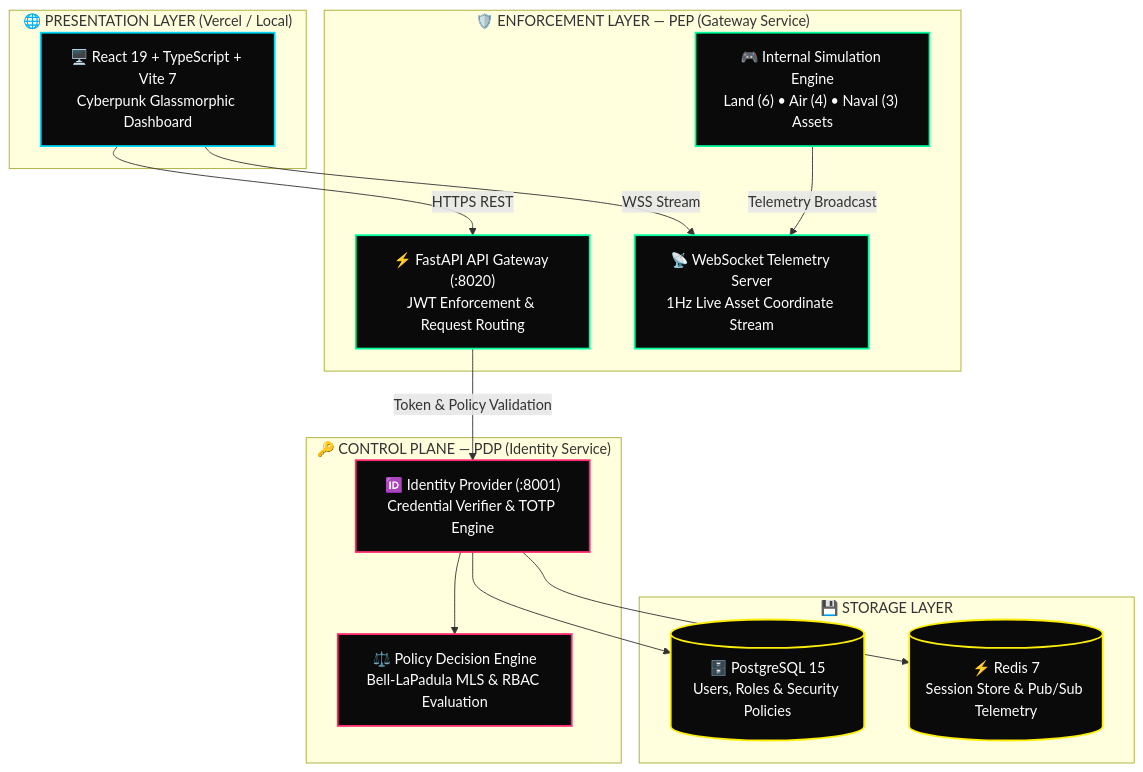
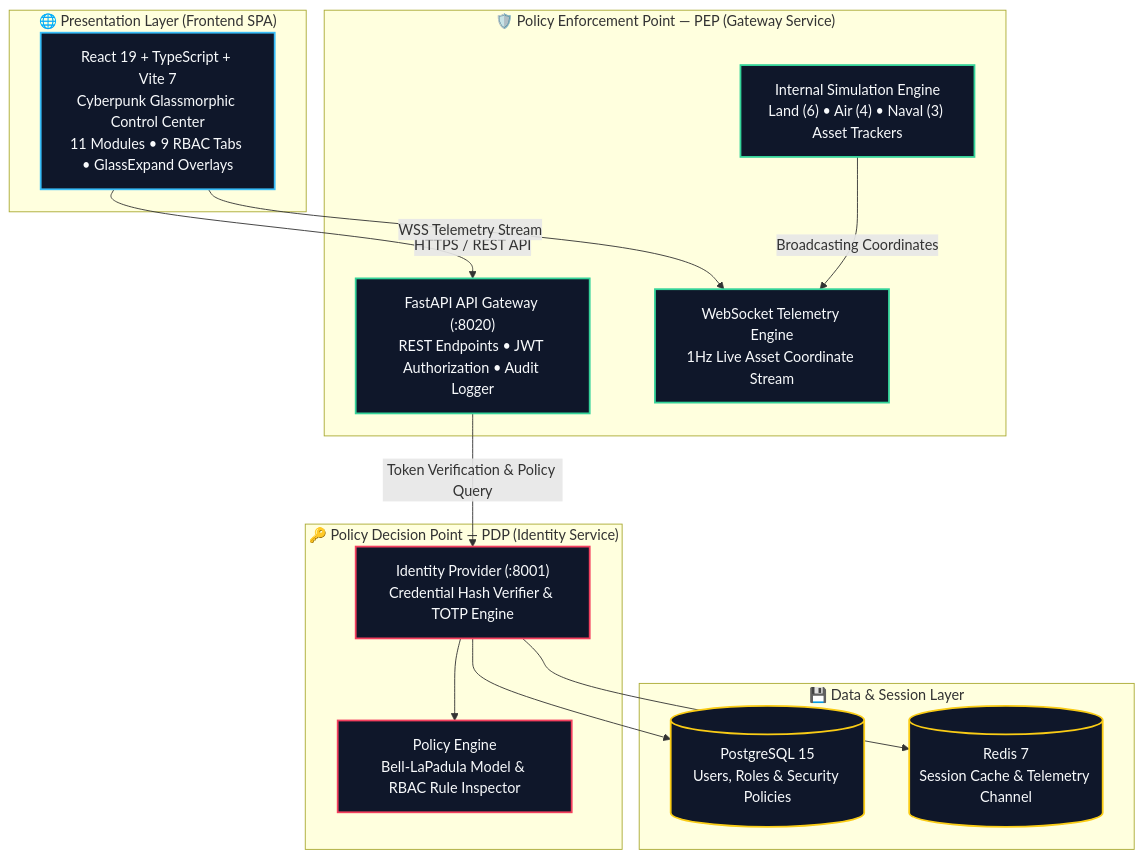
Before and after one commit to Shashivanth009/CZTISR: the first of 2 diagrams in README.md, drawn with Mermaid. The commit also changed other lines of this file, not shown here.

````diff
--- a/README.md
+++ b/README.md
@@ -52,40 +52,40 @@
 ```mermaid
 flowchart TB
-    subgraph CLIENT["🌐 PRESENTATION LAYER (Vercel / Local)"]
-        UI["🖥️ React 19 + TypeScript + Vite 7<br/>Cyberpunk Glassmorphic Dashboard"]
+    subgraph PRESENTATION["🌐 Presentation Layer (Frontend SPA)"]
+        UI["React 19 + TypeScript + Vite 7<br/>Cyberpunk Glassmorphic Control Center<br/>11 Modules • 9 RBAC Tabs • GlassExpand Overlays"]
     end
 
-    subgraph PEP["🛡️ ENFORCEMENT LAYER — PEP (Gateway Service)"]
-        GW["⚡ FastAPI API Gateway (:8020)<br/>JWT Enforcement & Request Routing"]
-        WS["📡 WebSocket Telemetry Server<br/>1Hz Live Asset Coordinate Stream"]
-        SIM["🎮 Internal Simulation Engine<br/>Land (6) • Air (4) • Naval (3) Assets"]
+    subgraph PEP["🛡️ Policy Enforcement Point — PEP (Gateway Service)"]
+        GW["FastAPI API Gateway (:8020)<br/>REST Endpoints • JWT Authorization • Audit Logger"]
+        WS["WebSocket Telemetry Engine<br/>1Hz Live Asset Coordinate Stream"]
+        SIM["Internal Simulation Engine<br/>Land (6) • Air (4) • Naval (3) Asset Trackers"]
     end
 
-    subgraph PDP["🔑 CONTROL PLANE — PDP (Identity Service)"]
-        ID["🆔 Identity Provider (:8001)<br/>Credential Verifier & TOTP Engine"]
-        PE["⚖️ Policy Decision Engine<br/>Bell-LaPadula MLS & RBAC Evaluation"]
+    subgraph PDP["🔑 Policy Decision Point — PDP (Identity Service)"]
+        IDP["Identity Provider (:8001)<br/>Credential Hash Verifier & TOTP Engine"]
+        POLICY["Policy Engine<br/>Bell-LaPadula Model & RBAC Rule Inspector"]
     end
 
-    subgraph DATA["💾 STORAGE LAYER"]
-        PG[("🗄️ PostgreSQL 15<br/>Users, Roles & Security Policies")]
-        RD[("⚡ Redis 7<br/>Session Store & Pub/Sub Telemetry")]
+    subgraph DATA["💾 Data & Session Layer"]
+        PG[("PostgreSQL 15<br/>Users, Roles & Security Policies")]
+        RD[("Redis 7<br/>Session Cache & Telemetry Channel")]
     end
 
-    UI -->|"HTTPS REST"| GW
-    UI -->|"WSS Stream"| WS
-    GW -->|"Token & Policy Validation"| ID
-    ID --> PE
-    ID --> PG
-    ID --> RD
-    SIM -->|"Telemetry Broadcast"| WS
+    UI -->|"HTTPS / REST API"| GW
+    UI -->|"WSS Telemetry Stream"| WS
+    GW -->|"Token Verification & Policy Query"| IDP
+    IDP --> POLICY
+    IDP --> PG
+    IDP --> RD
+    SIM -->|"Broadcasting Coordinates"| WS
 
-    classDef clientStyle fill:#0a0a0a,stroke:#00d9f9,stroke-width:2px,color:#ffffff;
-    classDef pepStyle fill:#0a0a0a,stroke:#00ff9d,stroke-width:2px,color:#ffffff;
-    classDef pdpStyle fill:#0a0a0a,stroke:#ff2a6d,stroke-width:2px,color:#ffffff;
-    classDef dataStyle fill:#0a0a0a,stroke:#fcee0a,stroke-width:2px,color:#ffffff;
+    classDef presentation fill:#0f172a,stroke:#38bdf8,stroke-width:2px,color:#f8fafc;
+    classDef pep fill:#0f172a,stroke:#34d399,stroke-width:2px,color:#f8fafc;
+    classDef pdp fill:#0f172a,stroke:#f43f5e,stroke-width:2px,color:#f8fafc;
+    classDef data fill:#0f172a,stroke:#facc15,stroke-width:2px,color:#f8fafc;
 
-    class UI clientStyle;
-    class GW,WS,SIM pepStyle;
-    class ID,PE pdpStyle;
-    class PG,RD dataStyle;
+    class UI presentation;
+    class GW,WS,SIM pep;
+    class IDP,POLICY pdp;
+    class PG,RD data;
 ```
````
